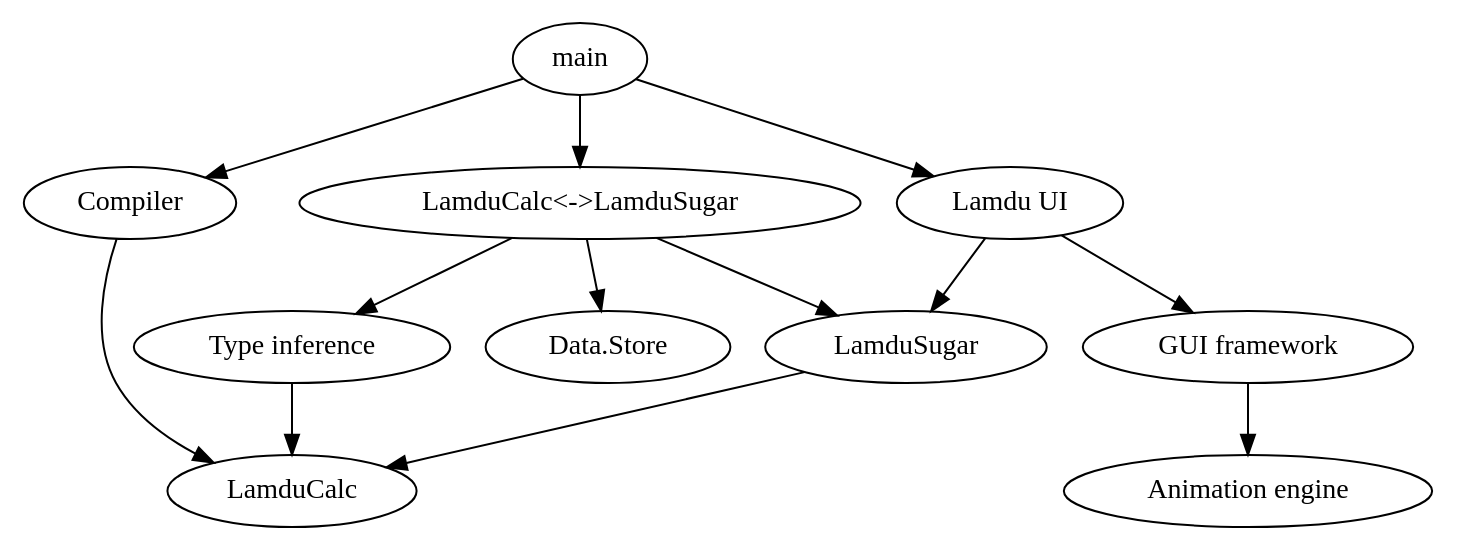
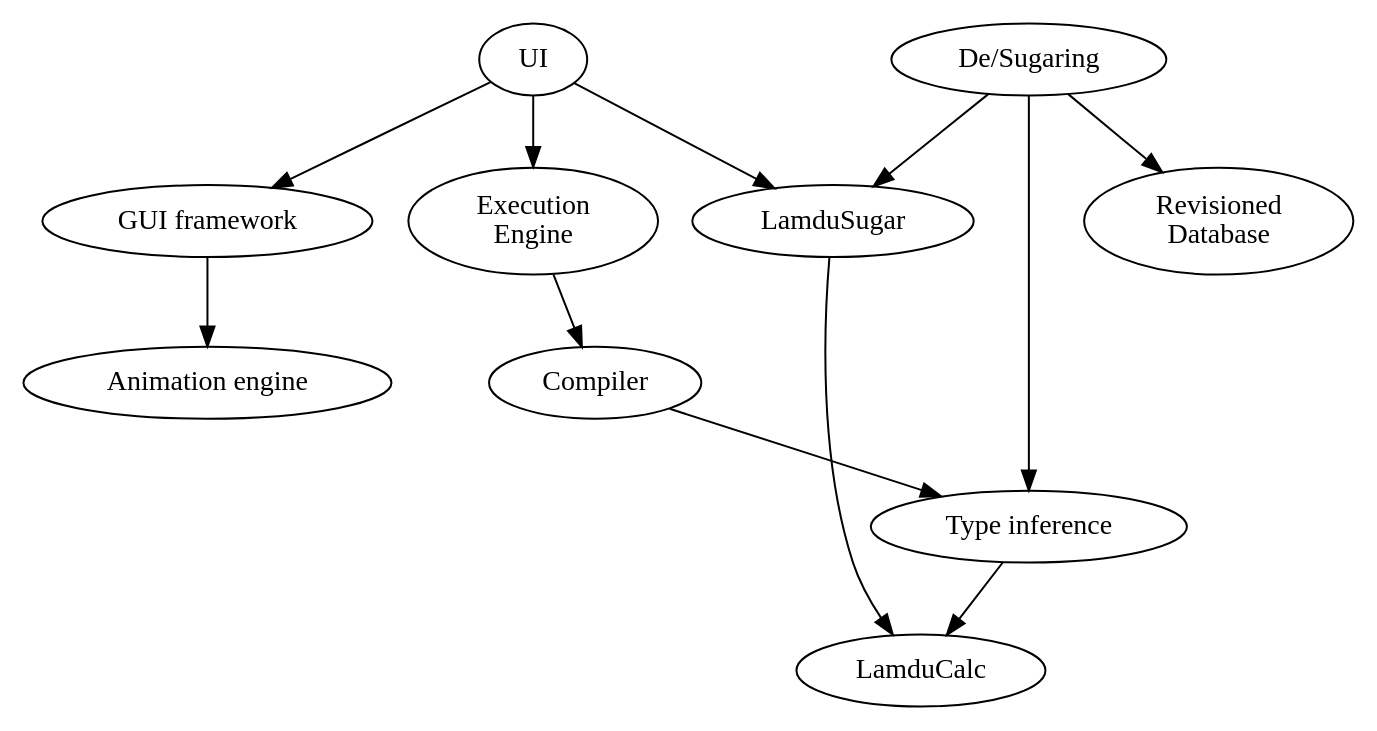
Before and after one commit to lamdu/lamdu: the diagram in doc/Components.dot, drawn with Graphviz.

Commit message:
Update doc/Components

```diff
--- a/doc/Components.dot
+++ b/doc/Components.dot
@@ -1,24 +1,26 @@
 digraph G {
     calc [label="LamduCalc"];
+    execution [label="Execution\nEngine"];
     compiler [label="Compiler"];
     infer [label="Type inference"];
-    store [label="Data.Store"];
+    store [label="Revisioned\nDatabase"];
     animation [label="Animation engine"];
     widgets [label="GUI framework"];
     sugar [label="LamduSugar"];
-    sugarconvert [label="LamduCalc<->LamduSugar"];
-    ui [label="Lamdu UI"];
+    sugarconvert [label="De/Sugaring"];
+    ui [label="UI"];
 
     infer        -> calc;
-    compiler     -> calc;
+    execution    -> compiler;
+    compiler     -> infer;
     widgets      -> animation;
     sugar        -> calc;
     sugarconvert -> sugar;
     sugarconvert -> infer;
     sugarconvert -> store;
     ui           -> sugar;
     ui           -> widgets;
-    main         -> ui;
-    main         -> sugarconvert;
-    main         -> compiler;
+    ui           -> execution;
+
+    {rank = same; ui; sugarconvert;};
 }
```
